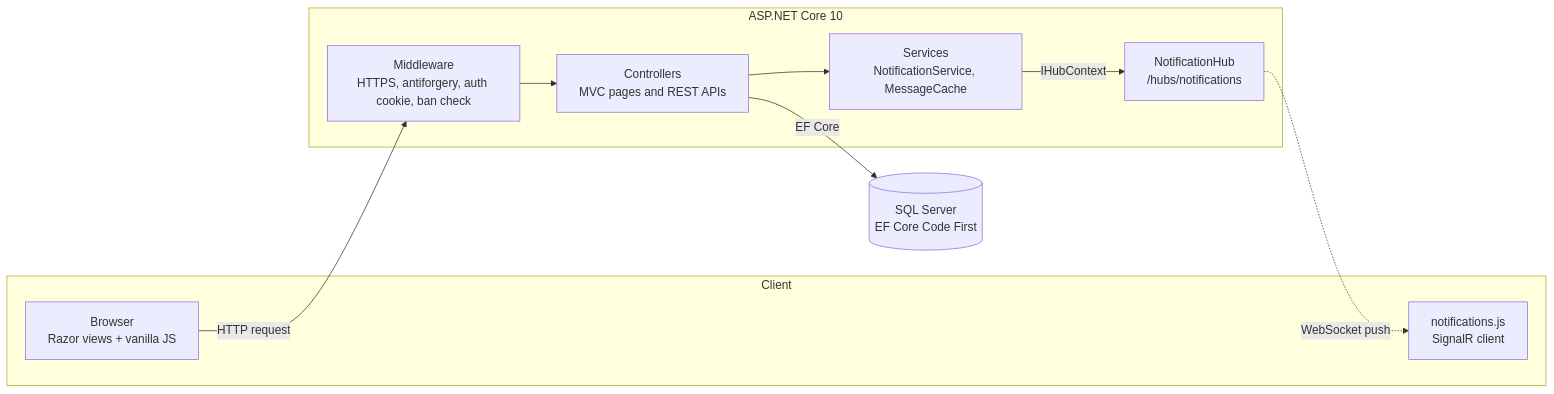
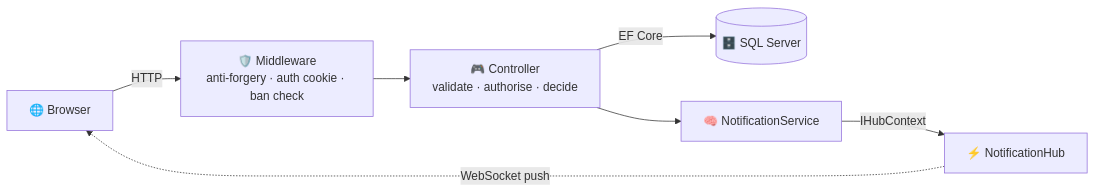
One commit to rajputpri/BloodConnector changed the first of 5 diagrams in README.md. Above: the diagram before and after it, drawn with Mermaid. The commit also changed other lines of this file and 2 other files, not shown here.

````diff
--- a/README.md
+++ b/README.md
@@ -147,19 +365,9 @@
 ```mermaid
 flowchart LR
-    subgraph Client
-        B["Browser<br/>Razor views + vanilla JS"]
-        WS["notifications.js<br/>SignalR client"]
-    end
-    subgraph Server["ASP.NET Core 10"]
-        MW["Middleware<br/>HTTPS, antiforgery, auth cookie, ban check"]
-        C["Controllers<br/>MVC pages and REST APIs"]
-        S["Services<br/>NotificationService, MessageCache"]
-        H["NotificationHub<br/>/hubs/notifications"]
-    end
-    DB[("SQL Server<br/>EF Core Code First")]
-    B -->|HTTP request| MW --> C
-    C -->|EF Core| DB
-    C --> S
-    S -->|IHubContext| H
-    H -.->|WebSocket push| WS
+    B["🌐 Browser"] -->|HTTP| MW["🛡️ Middleware<br/>anti-forgery · auth cookie · ban check"]
+    MW --> C["🎮 Controller<br/>validate · authorise · decide"]
+    C -->|EF Core| DB[("🗄️ SQL Server")]
+    C --> S["🧠 NotificationService"]
+    S -->|IHubContext| H["⚡ NotificationHub"]
+    H -.->|WebSocket push| B
 ```
````
